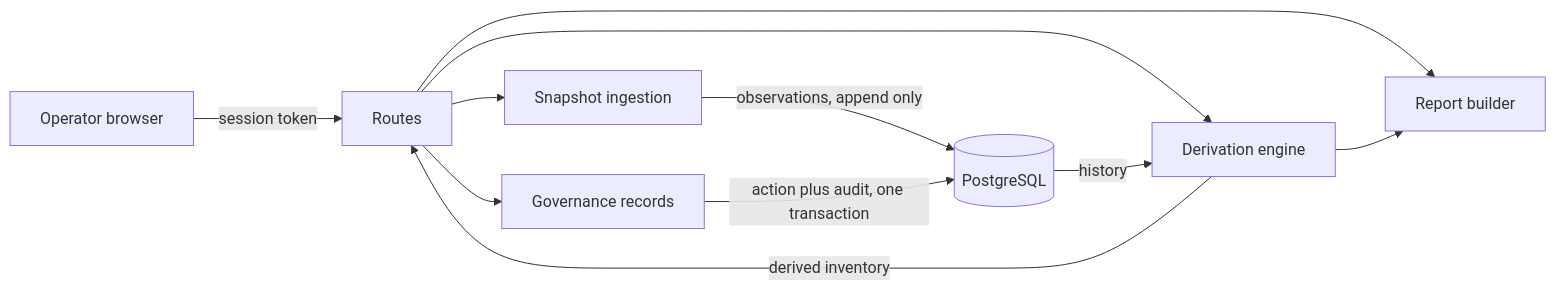
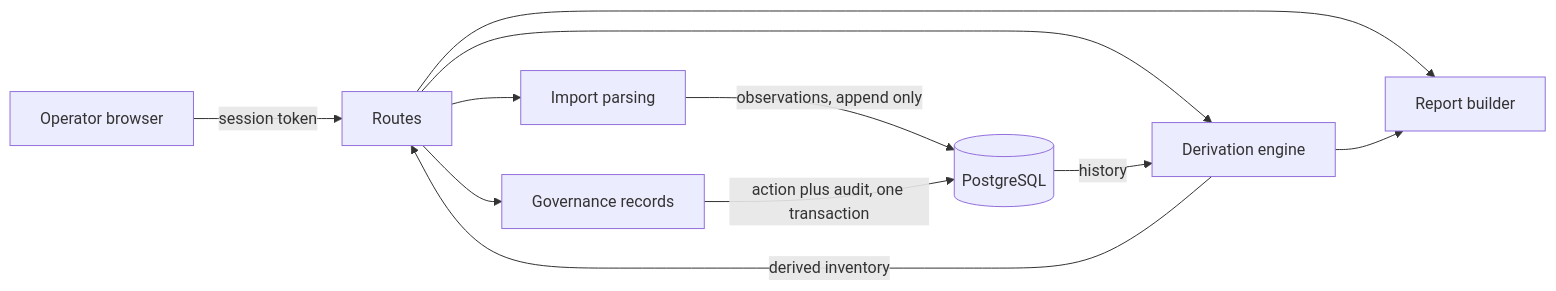
One commit to manifest-identity/manifest-identity changed the diagram in README.md. Above: the diagram before and after it, drawn with Mermaid. The commit also changed other lines of this file and 13 other files, not shown here.

````diff
--- a/README.md
+++ b/README.md
@@ -650,13 +659,13 @@
 ```mermaid
 flowchart LR
     O[Operator browser] -- session token --> R[Routes]
-    R --> I[Snapshot ingestion]
+    R --> I[Import parsing]
     I -- observations, append only --> P[(PostgreSQL)]
     R --> D[Derivation engine]
     P -- history --> D
     D -- derived inventory --> R
     R --> G[Governance records]
     G -- action plus audit, one transaction --> P
     R --> X[Report builder]
     D --> X
 ```
````
